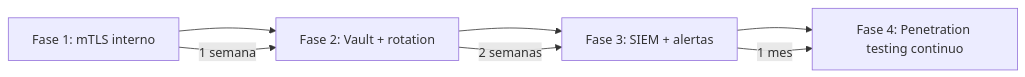
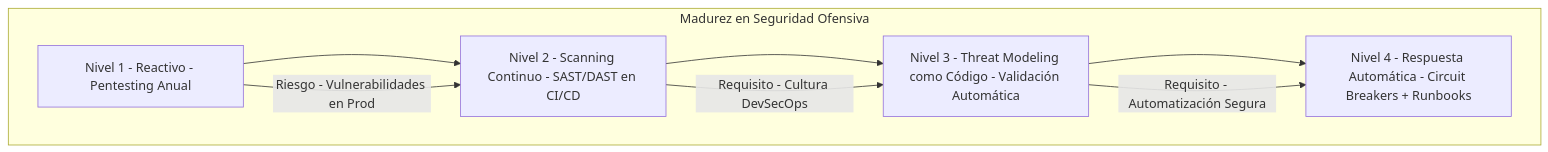
The third of 3 diagrams in 06_Seguridad/seguridad_ofensiva_y_auditoria_de_microservicios_con_java_21_STAFF.md (Joaquinriosheredia/DAM-Java-Mastery), drawn with Mermaid before and after one commit. The commit also changed other lines of this file, not shown here.

Commit message:
seguridad_ofensiva_y_auditoria_de_microservicios_con_java_21_STAFF.md

````diff
--- a/06_Seguridad/seguridad_ofensiva_y_auditoria_de_microservicios_con_java_21_STAFF.md
+++ b/06_Seguridad/seguridad_ofensiva_y_auditoria_de_microservicios_con_java_21_STAFF.md
@@ -671,9 +754,13 @@
 ```mermaid
-graph LR
-    A[Fase 1: mTLS interno] --> B[Fase 2: Vault + rotation]
-    B --> C[Fase 3: SIEM + alertas]
-    C --> D[Fase 4: Penetration testing continuo]
-    A -->|1 semana| B
-    B -->|2 semanas| C
-    C -->|1 mes| D
+graph TD
+    subgraph "Madurez en Seguridad Ofensiva"
+        L1[Nivel 1 - Reactivo - Pentesting Anual] --> L2
+        L2[Nivel 2 - Scanning Continuo - SAST/DAST en CI/CD] --> L3
+        L3[Nivel 3 - Threat Modeling como Código - Validación Automática] --> L4
+        L4[Nivel 4 - Respuesta Automática - Circuit Breakers + Runbooks]
+    end
+    
+    L1 -->|Riesgo - Vulnerabilidades en Prod| L2
+    L2 -->|Requisito - Cultura DevSecOps| L3
+    L3 -->|Requisito - Automatización Segura| L4
 ```
````
